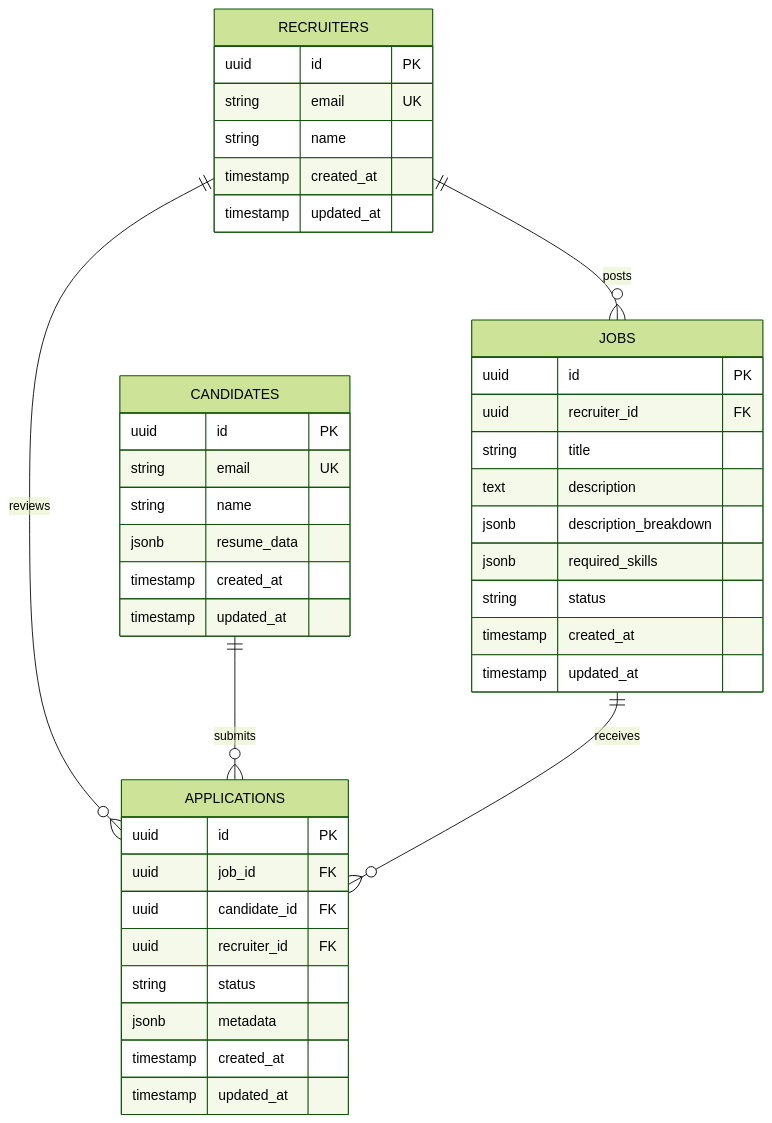
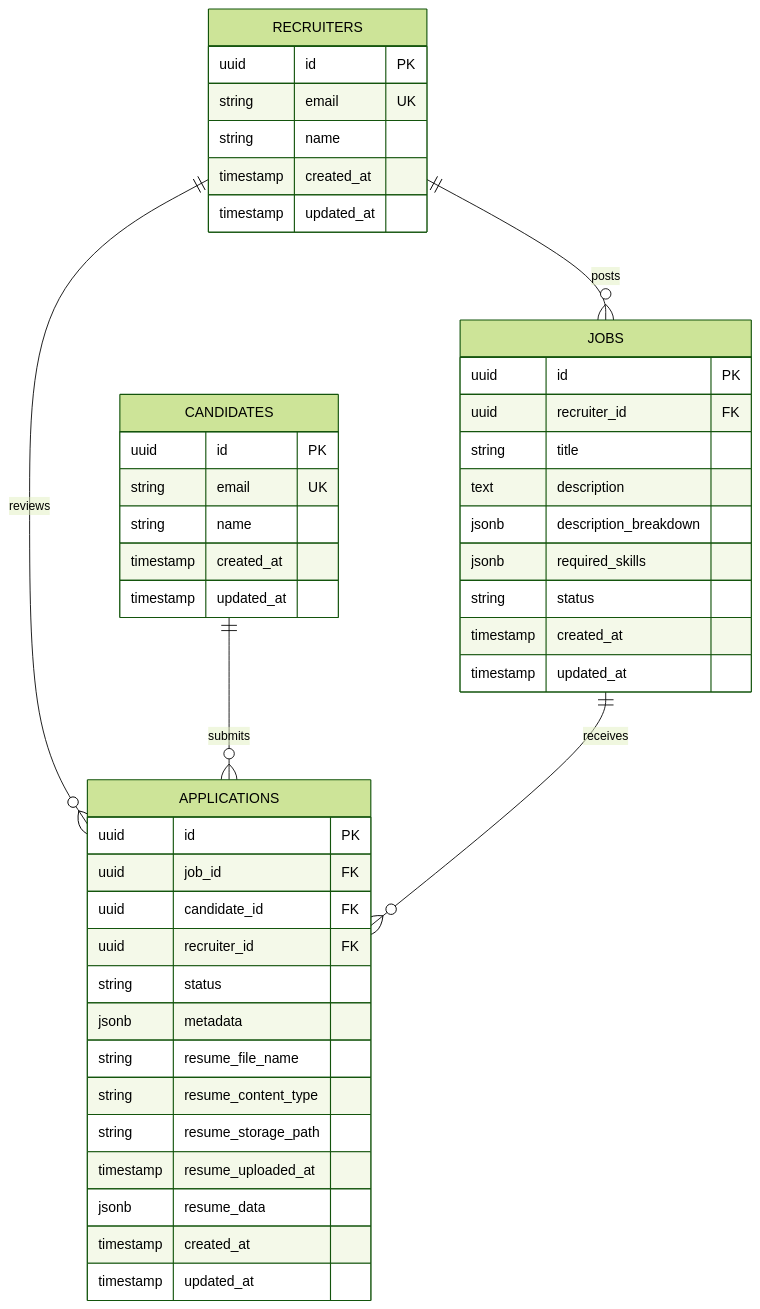
The first of 2 diagrams in docs/DATABASE.md (afnan-emumba/smart-hire), drawn with Mermaid (forest theme) before and after one commit. The commit also changed other lines of this file and 37 other files, not shown here.

Commit message:
Remove frontend configuration and assets; migrate resume storage to applications; add Postman collection for API validation

````diff
--- a/docs/DATABASE.md
+++ b/docs/DATABASE.md
@@ -9,47 +9,51 @@
 ```mermaid
 erDiagram
     RECRUITERS ||--o{ JOBS : posts
     RECRUITERS ||--o{ APPLICATIONS : reviews
     CANDIDATES ||--o{ APPLICATIONS : submits
     JOBS ||--o{ APPLICATIONS : receives
 
     RECRUITERS {
         uuid id PK
         string email UK
         string name
         timestamp created_at
         timestamp updated_at
     }
 
     CANDIDATES {
         uuid id PK
         string email UK
         string name
-        jsonb resume_data
         timestamp created_at
         timestamp updated_at
     }
 
     JOBS {
         uuid id PK
         uuid recruiter_id FK
         string title
         text description
         jsonb description_breakdown
         jsonb required_skills
         string status
         timestamp created_at
         timestamp updated_at
     }
 
     APPLICATIONS {
         uuid id PK
         uuid job_id FK
         uuid candidate_id FK
         uuid recruiter_id FK
         string status
         jsonb metadata
+        string resume_file_name
+        string resume_content_type
+        string resume_storage_path
+        timestamp resume_uploaded_at
+        jsonb resume_data
         timestamp created_at
         timestamp updated_at
     }
 ```
````
